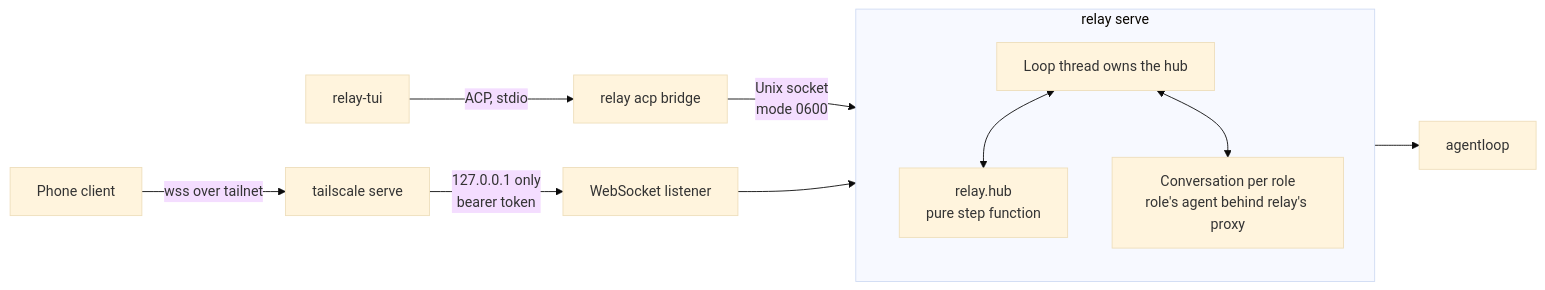
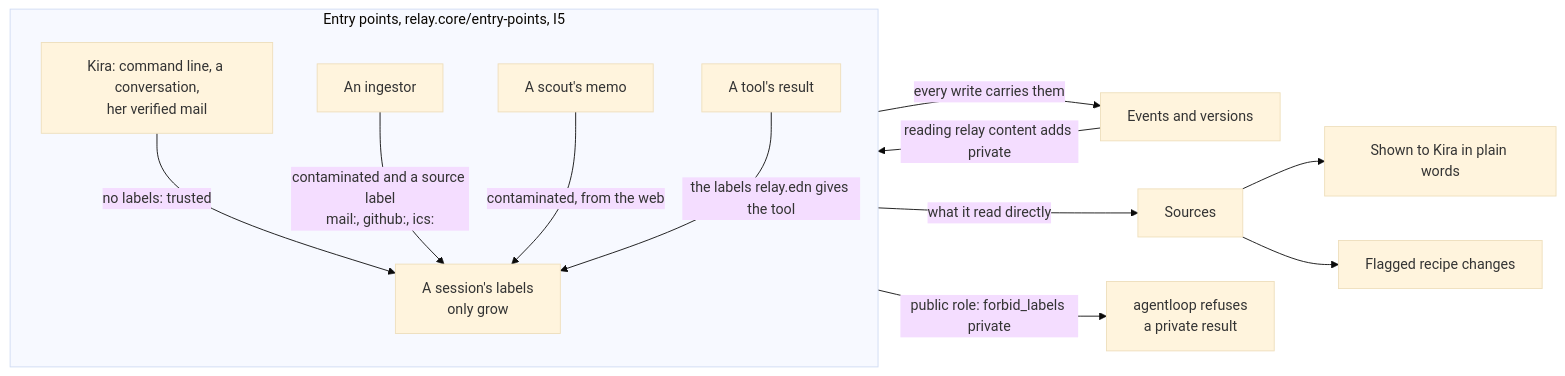
Before and after one commit to kirahowe/relay: the fifth of 11 diagrams in docs/architecture.md, drawn with Mermaid (base theme). The commit also changed other lines of this file, not shown here.

First line of the commit message:
Rewrite the architecture page from the code on main

````diff
--- a/docs/architecture.md
+++ b/docs/architecture.md
@@ -214,19 +246,16 @@
 ```mermaid
 flowchart LR
-    tui["relay-tui"] -->|"ACP, stdio"| bridge["relay acp bridge"]
-    bridge -->|"Unix socket<br/>mode 0600"| svc
-    phone["Phone client"] -->|"wss over tailnet"| ts["tailscale serve"]
-    ts -->|"127.0.0.1 only<br/>bearer token"| wsl["WebSocket listener"]
-    wsl --> svc
-
-    subgraph svc["relay serve"]
+    subgraph entry["Entry points, relay.core/entry-points, I5"]
         direction TB
-        loopthread["Loop thread owns the hub"]
-        hubp["relay.hub<br/>pure step function"]
-        conv["Conversation per role<br/>role's agent behind relay's proxy"]
-        loopthread <--> hubp
-        loopthread <--> conv
+        op["Kira: command line, a conversation,<br/>her verified mail"] -->|"no labels: trusted"| sess
+        ing["An ingestor"] -->|"contaminated and a source label<br/>mail:, github:, ics:"| sess
+        sc["A scout's memo"] -->|"contaminated, from the web"| sess
+        tl["A tool's result"] -->|"the labels relay.edn gives the tool"| sess
     end
-
-    conv --> al["agentloop"]
+    sess["A session's labels<br/>only grow"] -->|"every write carries them"| ev["Events and versions"]
+    ev -->|"reading relay content adds private"| sess
+    sess -->|"what it read directly"| src["Sources"]
+    src --> shown["Shown to Kira in plain words"]
+    src --> flag["Flagged recipe changes"]
+    sess -->|"public role: forbid_labels private"| al["agentloop refuses<br/>a private result"]
 ```
````
